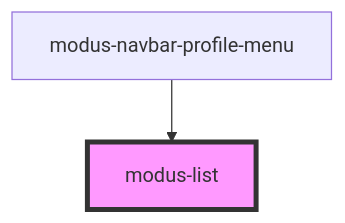
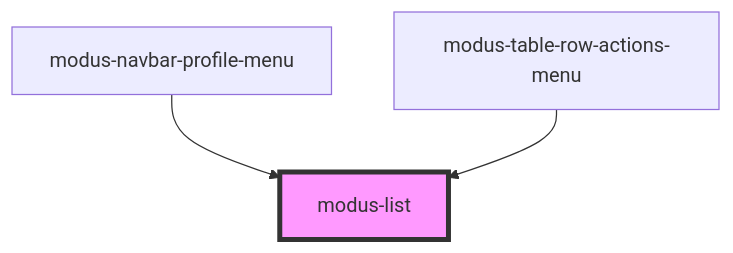
Before and after one commit to trimble-oss/modus-web-components: the diagram in stencil-workspace/src/components/modus-list/readme.md, drawn with Mermaid. The commit also changed other lines of this file and 52 other files, not shown here.

First line of the commit message:
Added Modus Table - Row Actions (#1881)

````diff
--- a/stencil-workspace/src/components/modus-list/readme.md
+++ b/stencil-workspace/src/components/modus-list/readme.md
@@ -22,5 +23,6 @@
 ```mermaid
 graph TD;
   modus-navbar-profile-menu --> modus-list
+  modus-table-row-actions-menu --> modus-list
   style modus-list fill:#f9f,stroke:#333,stroke-width:4px
 ```
````
